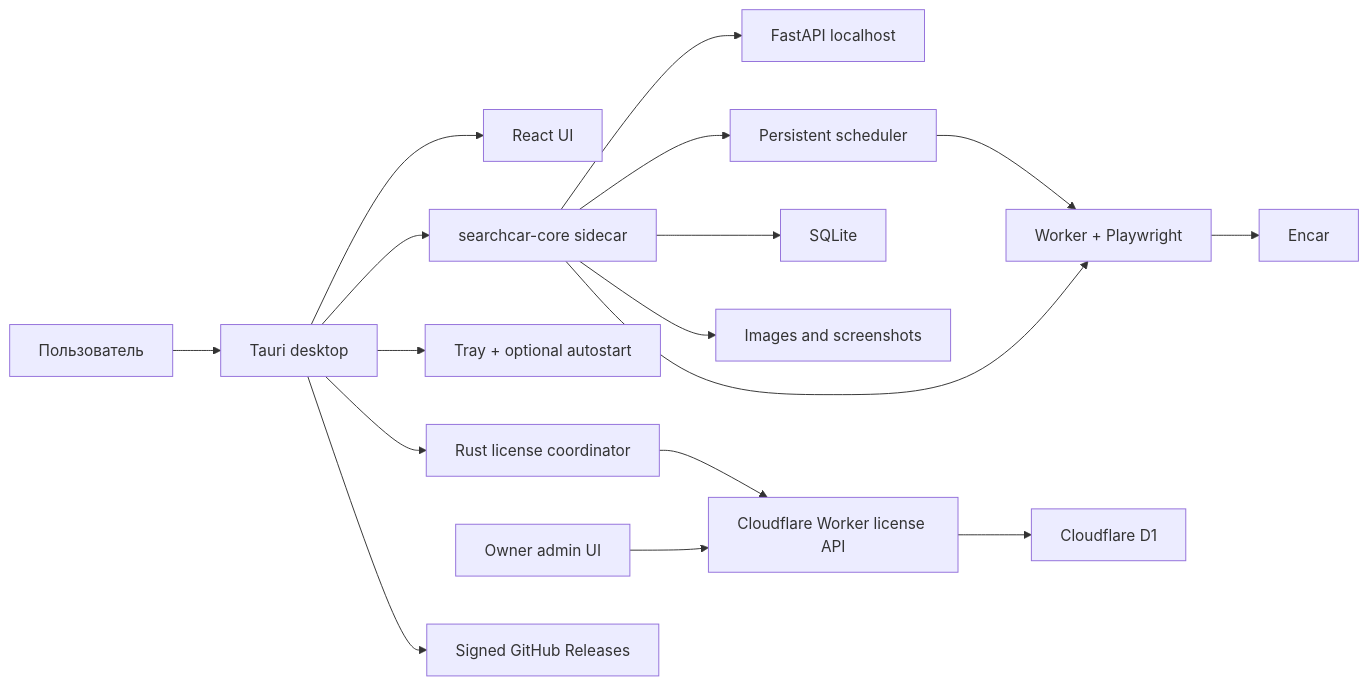
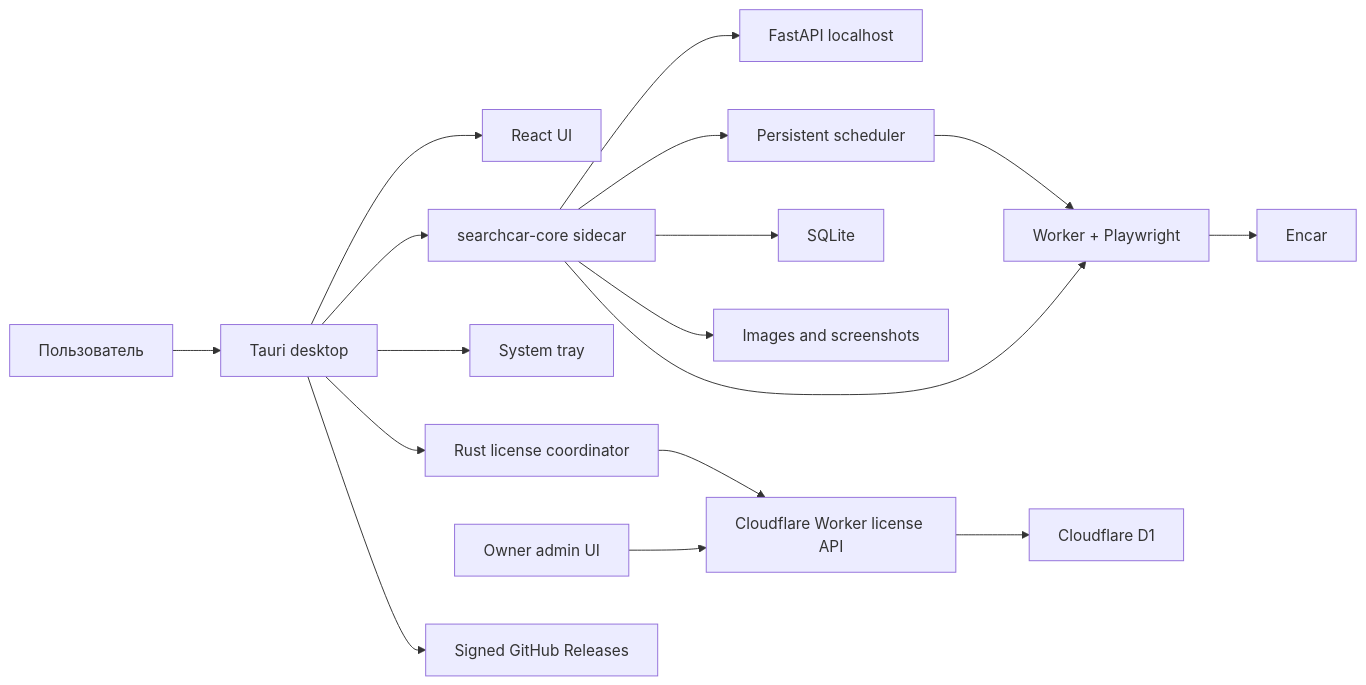
One commit to KaplunSergey/searchcar-desktop changed the diagram in docs/DESKTOP_PRODUCTIZATION_PLAN.md. Above: the diagram before and after it, drawn with Mermaid. The commit also changed other lines of this file and 70 other files, not shown here.

````diff
--- a/docs/DESKTOP_PRODUCTIZATION_PLAN.md
+++ b/docs/DESKTOP_PRODUCTIZATION_PLAN.md
@@ -124,19 +123,19 @@
 ```mermaid
 flowchart LR
     U["Пользователь"] --> T["Tauri desktop"]
     T --> UI["React UI"]
     T --> LC["Rust license coordinator"]
-    T --> TR["Tray + optional autostart"]
+    T --> TR["System tray"]
     T --> C["searchcar-core sidecar"]
     C --> API["FastAPI localhost"]
     C --> S["Persistent scheduler"]
     S --> W
     C --> W["Worker + Playwright"]
     C --> DB["SQLite"]
     C --> FS["Images and screenshots"]
     W --> E["Encar"]
     LC --> LS["Cloudflare Worker license API"]
     LS --> D1["Cloudflare D1"]
     A["Owner admin UI"] --> LS
     T --> R["Signed GitHub Releases"]
 ```
````
